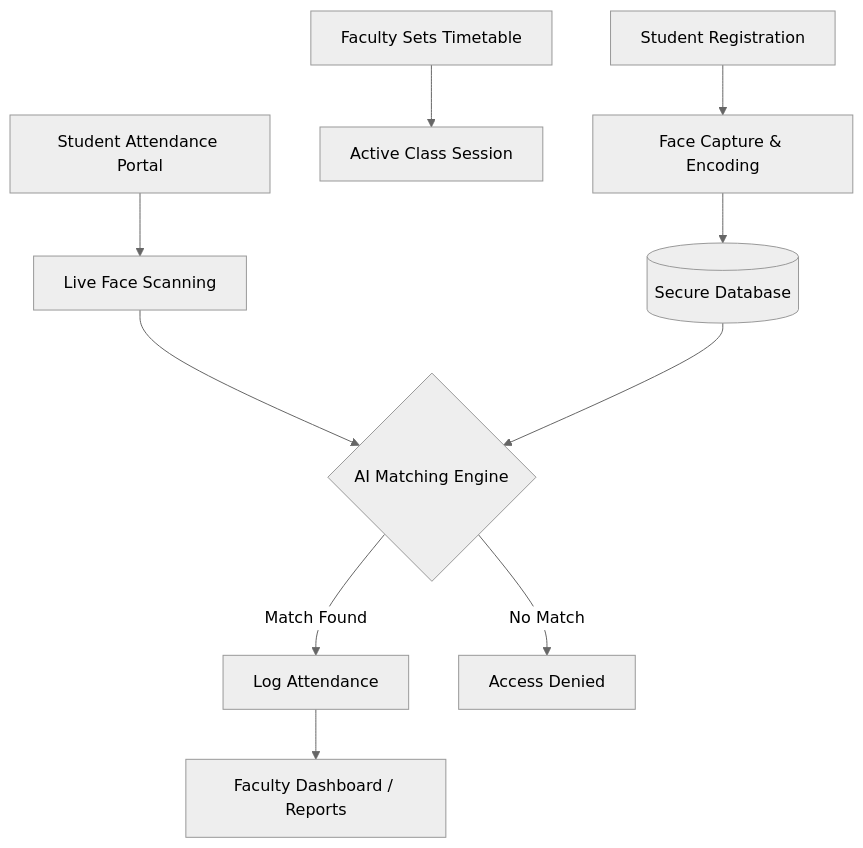
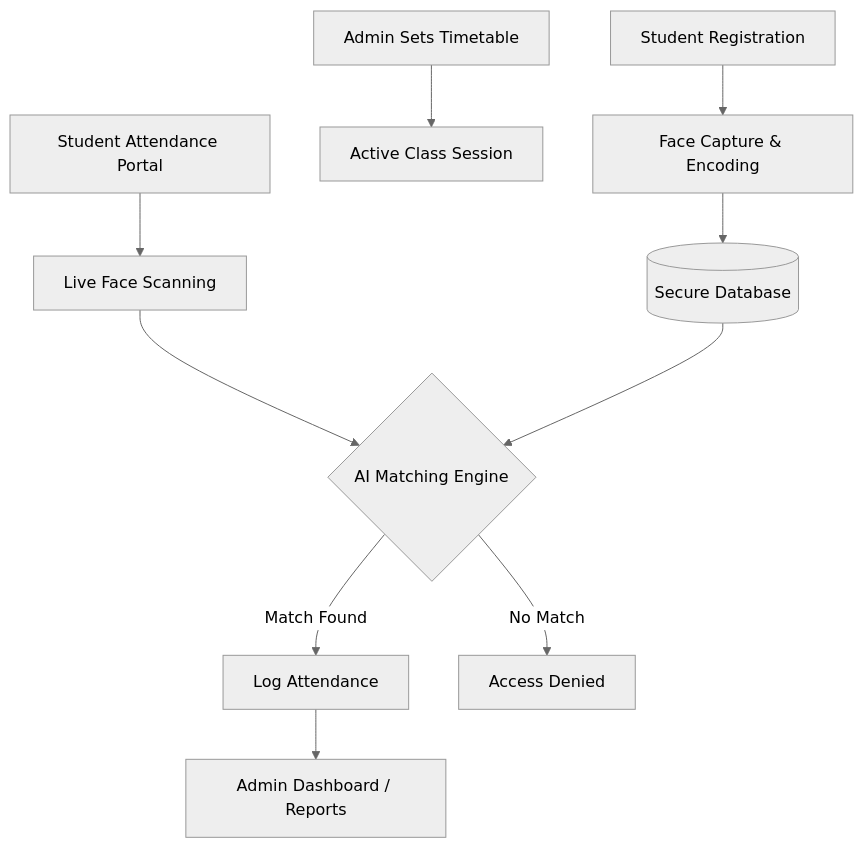
Before and after one commit to tanuj-datta/face-recognition-attendance-system: the diagram in README.md, drawn with Mermaid (neutral theme). The commit also changed other lines of this file and 20 other files, not shown here.

Commit message:
after faculty to admin text update along with some more updates

````diff
--- a/README.md
+++ b/README.md
@@ -31,12 +31,12 @@
 ```mermaid
 graph TD
     A[Student Registration] --> B[Face Capture & Encoding]
     B --> C[(Secure Database)]
-    D[Faculty Sets Timetable] --> E[Active Class Session]
+    D[Admin Sets Timetable] --> E[Active Class Session]
     F[Student Attendance Portal] --> G[Live Face Scanning]
     G --> H{AI Matching Engine}
     C --> H
     H -- Match Found --> I[Log Attendance]
     H -- No Match --> J[Access Denied]
-    I --> K[Faculty Dashboard / Reports]
+    I --> K[Admin Dashboard / Reports]
 ```
````
